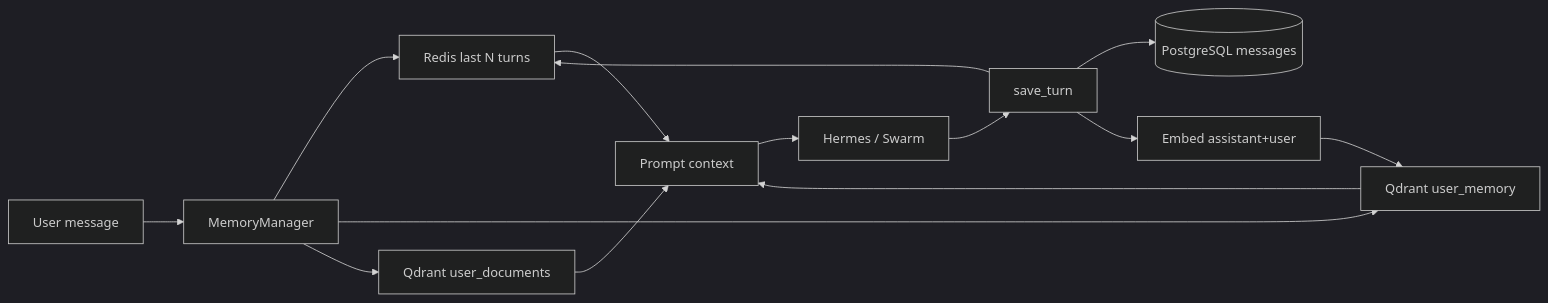
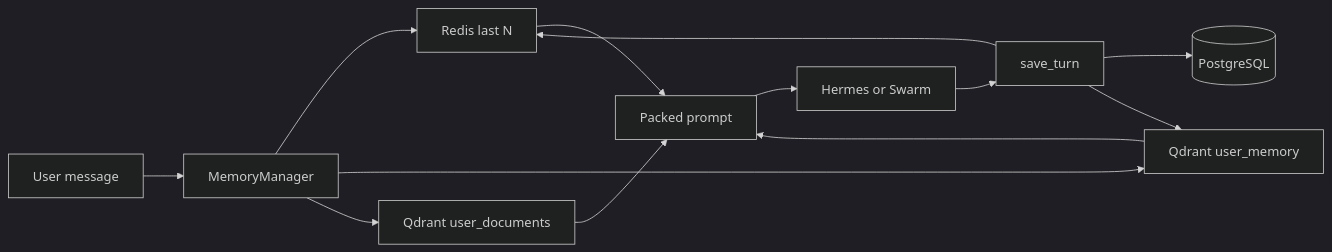
Before and after one commit to zxspring21/localAIAgent: the ninth of 10 diagrams in docs/ARCHITECTURE.md, drawn with Mermaid (dark theme). The commit also changed other lines of this file and 10 other files, not shown here.

````diff
--- a/docs/ARCHITECTURE.md
+++ b/docs/ARCHITECTURE.md
@@ -274,16 +262,15 @@
 ```mermaid
 flowchart LR
-  Query[User message] --> MM[MemoryManager]
-  MM --> ST[Redis last N turns]
-  MM --> LT[Qdrant user_memory]
-  MM --> RAG[Qdrant user_documents]
-  ST --> CTX[Prompt context]
+  Query["User message"] --> MM["MemoryManager"]
+  MM --> ST["Redis last N"]
+  MM --> LT["Qdrant user_memory"]
+  MM --> RAG["Qdrant user_documents"]
+  ST --> CTX["Packed prompt"]
   LT --> CTX
   RAG --> CTX
-  CTX --> Agent[Hermes / Swarm]
-  Agent --> Save[save_turn]
-  Save --> PG[(PostgreSQL messages)]
+  CTX --> Agent["Hermes or Swarm"]
+  Agent --> Save["save_turn"]
+  Save --> PG[("PostgreSQL")]
   Save --> ST
-  Save --> Embed[Embed assistant+user]
-  Embed --> LT
+  Save --> LT
 ```
````
